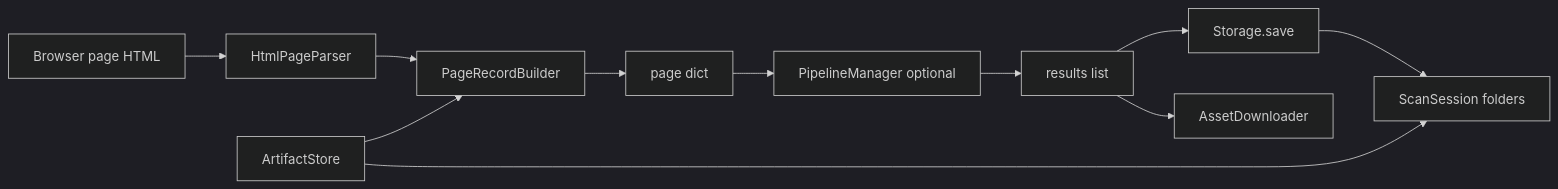
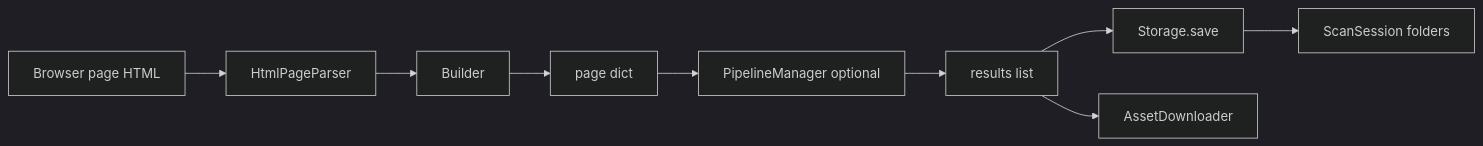
Before and after one commit to Shellghostt/WebVac: the first of 5 diagrams in docs/architecture/DATA.md, drawn with Mermaid (dark theme). The commit also changed other lines of this file and 13 other files, not shown here.

First line of the commit message:
Refresh docs for the scrape-only product flow.

````diff
--- a/docs/architecture/DATA.md
+++ b/docs/architecture/DATA.md
@@ -18,13 +18,11 @@
 ```mermaid
 flowchart LR
   Page[Browser page HTML] --> Parser[HtmlPageParser]
-  Arts[ArtifactStore] --> Builder[PageRecordBuilder]
   Parser --> Builder
   Builder --> Dict[page dict]
   Dict --> Pipe[PipelineManager optional]
   Pipe --> Results[results list]
   Results --> Storage[Storage.save]
   Results --> Assets[AssetDownloader]
   Storage --> Layout[ScanSession folders]
-  Arts --> Layout
 ```
````
